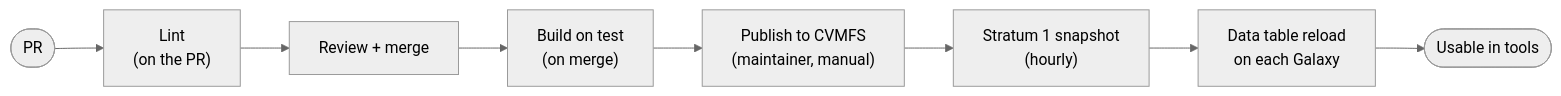
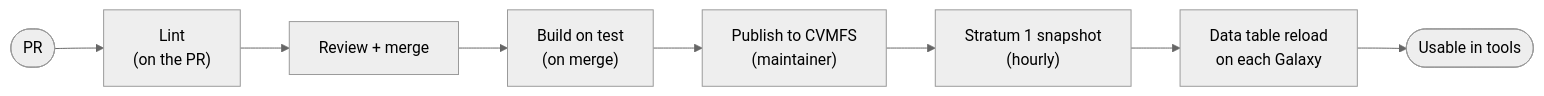
The diagram in docs/requesting-reference-data.md (galaxyproject/idc), drawn with Mermaid (neutral theme) before and after one commit. The commit also changed other lines of this file and 11 other files, not shown here.

````diff
--- a/docs/requesting-reference-data.md
+++ b/docs/requesting-reference-data.md
@@ -354,10 +296,10 @@
 ```mermaid
 flowchart LR
   pr(["PR"]) --> lint["Lint<br/>(on the PR)"]
   lint --> merge["Review + merge"]
   merge --> build["Build on test<br/>(on merge)"]
-  build --> publish["Publish to CVMFS<br/>(maintainer, manual)"]
+  build --> publish["Publish to CVMFS<br/>(maintainer)"]
   publish --> s1["Stratum 1 snapshot<br/>(hourly)"]
   s1 --> reload["Data table reload<br/>on each Galaxy"]
   reload --> done(["Usable in tools"])
 ```
````
